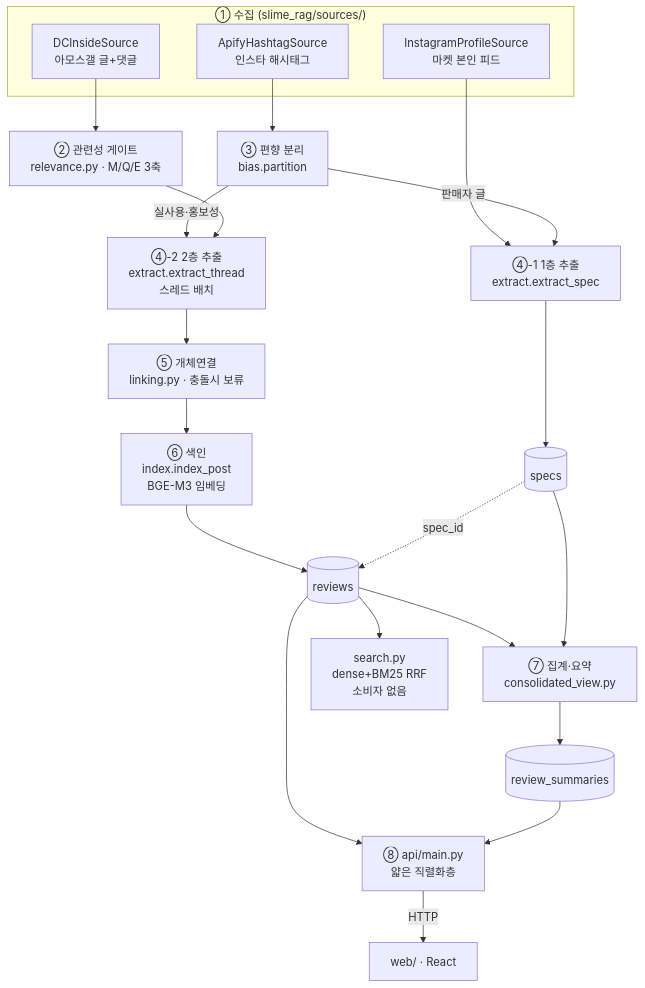
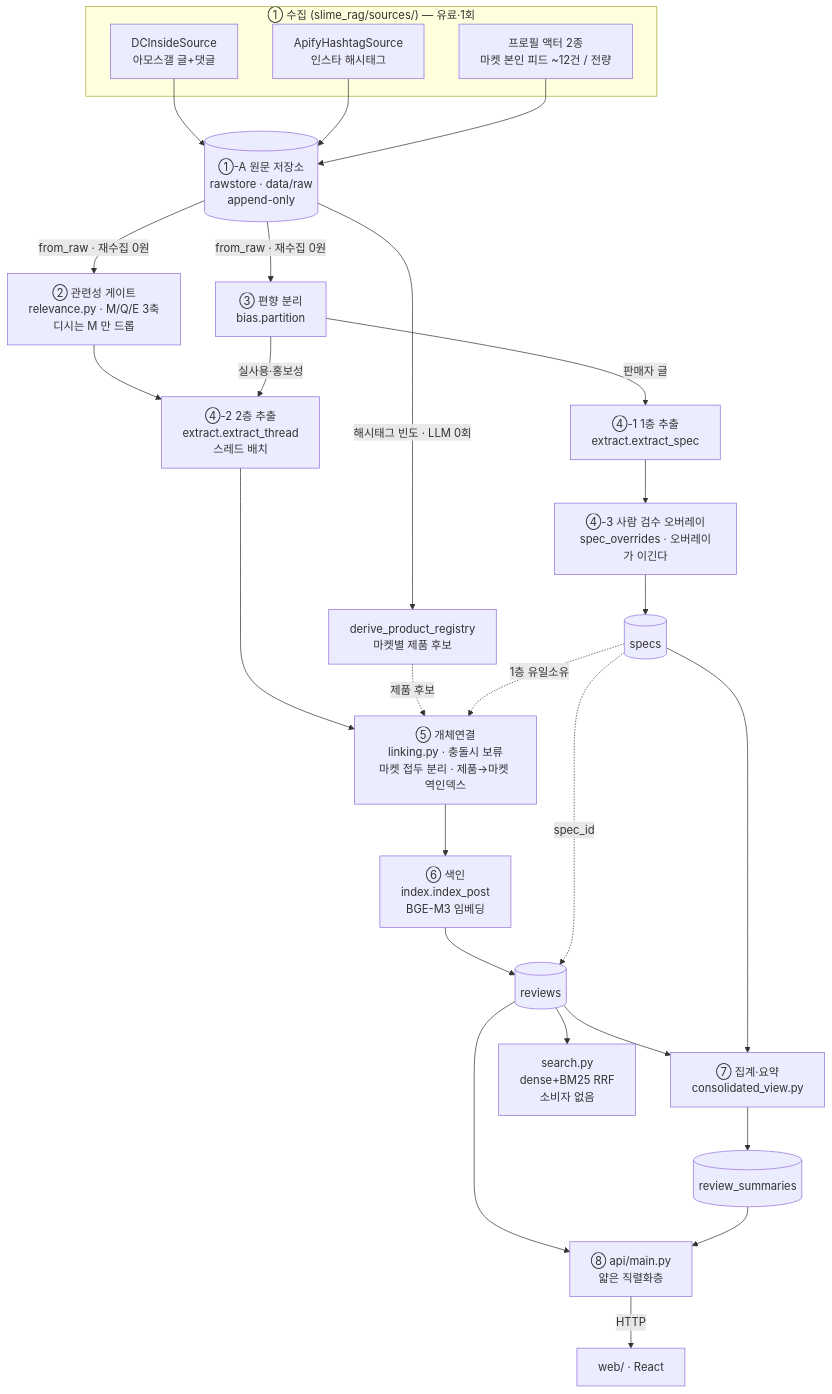
The first of 2 diagrams in docs/system-overview.md (dxlpi/slime-review), drawn with Mermaid before and after one commit. The commit also changed other lines of this file, not shown here.

````diff
--- a/docs/system-overview.md
+++ b/docs/system-overview.md
@@ -42,32 +42,42 @@
 ```mermaid
 flowchart TD
-  subgraph C["① 수집 (slime_rag/sources/)"]
+  subgraph C["① 수집 (slime_rag/sources/) — 유료·1회"]
     DC[DCInsideSource<br/>아모스갤 글+댓글]
     AP[ApifyHashtagSource<br/>인스타 해시태그]
-    PR[InstagramProfileSource<br/>마켓 본인 피드]
+    PR[프로필 액터 2종<br/>마켓 본인 피드 ~12건 / 전량]
   end
 
-  DC --> REL[② 관련성 게이트<br/>relevance.py · M/Q/E 3축]
-  AP --> BIAS[③ 편향 분리<br/>bias.partition]
-  PR --> SPEC
+  DC --> RAW
+  AP --> RAW
+  PR --> RAW
+
+  RAW[(①-A 원문 저장소<br/>rawstore · data/raw<br/>append-only)] -->|from_raw · 재수집 0원| REL
+  RAW -->|from_raw · 재수집 0원| BIAS
+  RAW -->|해시태그 빈도 · LLM 0회| REG[derive_product_registry<br/>마켓별 제품 후보]
+
+  REL[② 관련성 게이트<br/>relevance.py · M/Q/E 3축<br/>디시는 M 만 드롭] --> EX
+  BIAS[③ 편향 분리<br/>bias.partition]
 
   BIAS -->|판매자 글| SPEC[④-1 1층 추출<br/>extract.extract_spec]
   BIAS -->|실사용·홍보성| EX
-  REL --> EX[④-2 2층 추출<br/>extract.extract_thread<br/>스레드 배치]
+  EX[④-2 2층 추출<br/>extract.extract_thread<br/>스레드 배치]
 
-  SPEC --> DBS[(specs)]
-  EX --> LINK[⑤ 개체연결<br/>linking.py · 충돌시 보류]
+  SPEC --> OVR[④-3 사람 검수 오버레이<br/>spec_overrides · 오버레이가 이긴다]
+  OVR --> DBS[(specs)]
+  EX --> LINK[⑤ 개체연결<br/>linking.py · 충돌시 보류<br/>마켓 접두 분리 · 제품→마켓 역인덱스]
+  REG -.제품 후보.-> LINK
+  DBS -.1층 유일소유.-> LINK
   LINK --> IDX[⑥ 색인<br/>index.index_post<br/>BGE-M3 임베딩]
   IDX --> DBR[(reviews)]
   DBS -. spec_id .-> DBR
 
   DBR --> CV[⑦ 집계·요약<br/>consolidated_view.py]
   DBS --> CV
   CV --> DBSUM[(review_summaries)]
 
   DBR --> API[⑧ api/main.py<br/>얇은 직렬화층]
   DBSUM --> API
   API -->|HTTP| WEB[web/ · React]
 
   DBR --> SEARCH[search.py<br/>dense+BM25 RRF<br/>소비자 없음]
 ```
````
